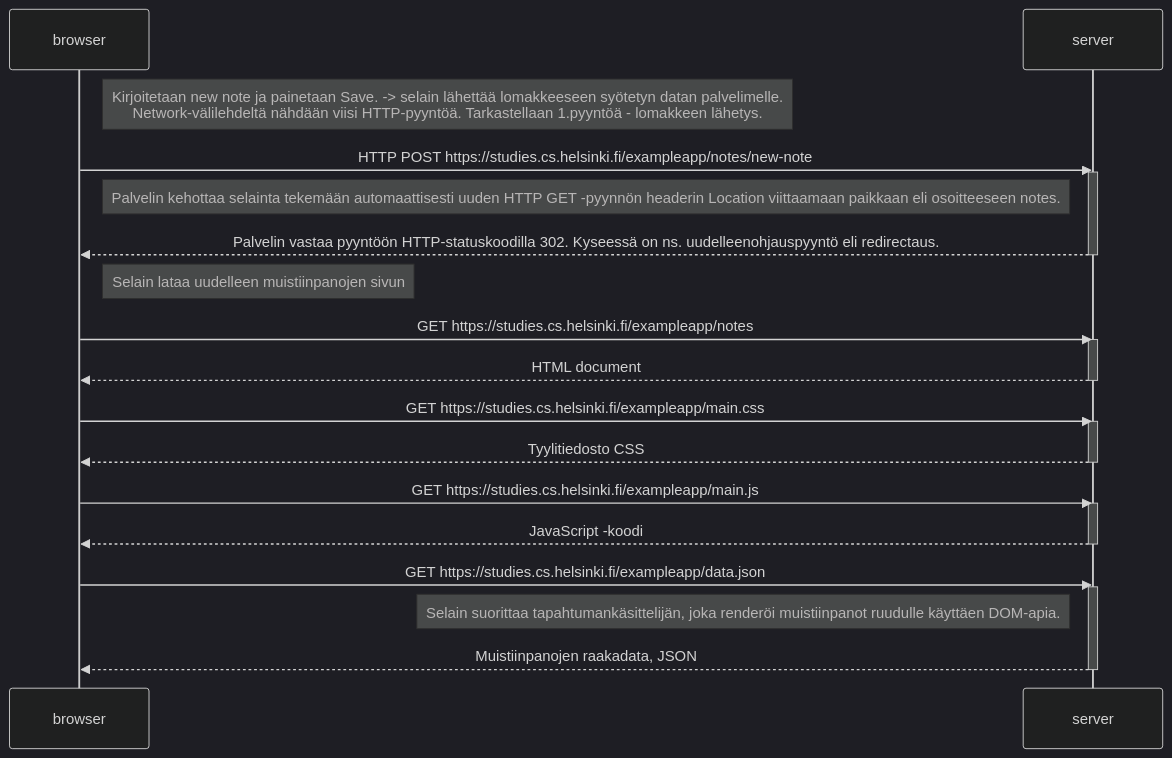
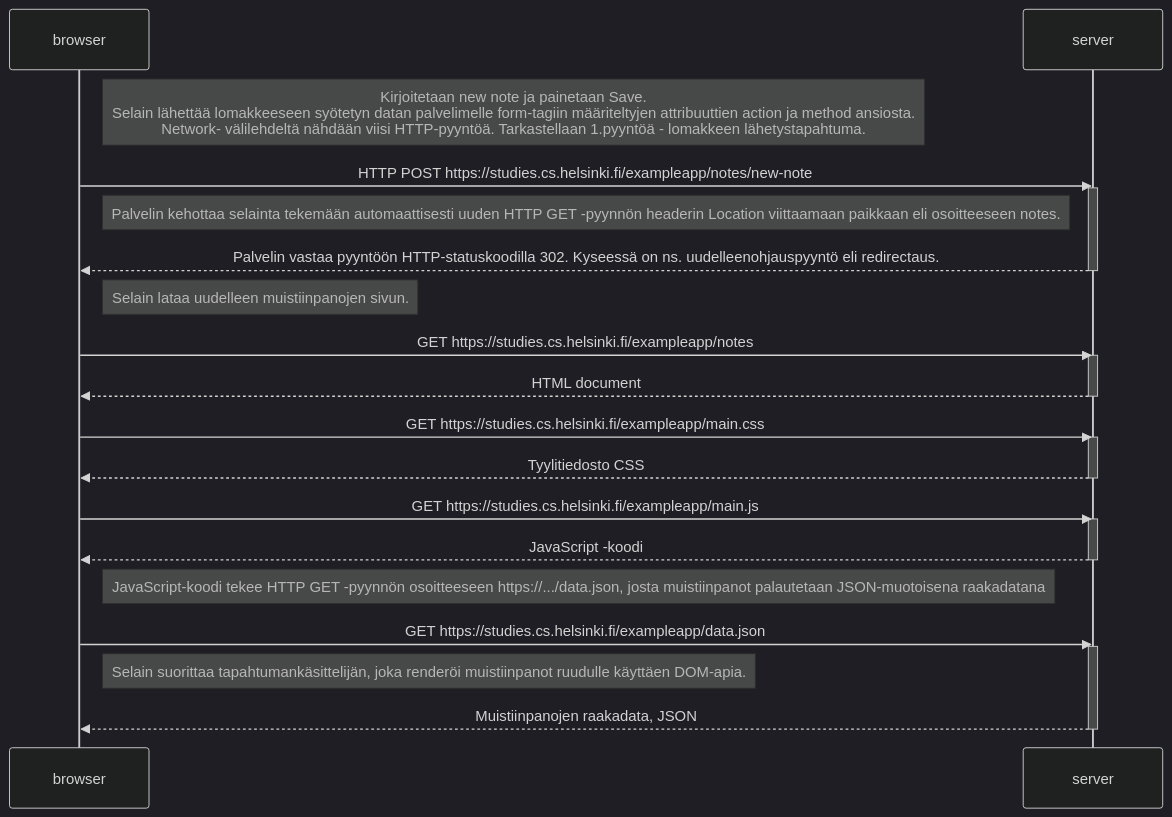
Before and after one commit to janinanarhi/fullstackOpen0: the diagram in 0.4.md, drawn with Mermaid (dark theme).

````diff
--- a/0.4.md
+++ b/0.4.md
@@ -1,43 +1,43 @@
 ```mermaid
 
 sequenceDiagram
     participant browser
     participant server
 
     
-    note right of browser: Kirjoitetaan new note ja painetaan Save. -> selain lähettää lomakkeeseen syötetyn datan palvelimelle.<br>Network-välilehdeltä nähdään        viisi HTTP-pyyntöä. Tarkastellaan 1.pyyntöä - lomakkeen lähetys.
+    note right of browser: Kirjoitetaan new note ja painetaan Save.<br>Selain lähettää lomakkeeseen syötetyn datan palvelimelle form-tagiin määriteltyjen attribuuttien action ja method ansiosta.<br>Network-           välilehdeltä nähdään viisi HTTP-pyyntöä. Tarkastellaan 1.pyyntöä - lomakkeen lähetystapahtuma.
     browser->>server: HTTP POST https://studies.cs.helsinki.fi/exampleapp/notes/new-note
     activate server
 
     note left of server: Palvelin kehottaa selainta tekemään automaattisesti uuden HTTP GET ‑pyynnön headerin Location viittaamaan paikkaan eli osoitteeseen            notes.
     server-->>browser:  Palvelin vastaa pyyntöön HTTP-statuskoodilla 302. Kyseessä on ns. uudelleenohjauspyyntö eli redirectaus.
     deactivate server
     
-    note right of browser: Selain lataa uudelleen muistiinpanojen sivun
+    note right of browser: Selain lataa uudelleen muistiinpanojen sivun.
     browser->>server: GET https://studies.cs.helsinki.fi/exampleapp/notes
     activate server
 
     server-->>browser: HTML document
     deactivate server
 
     browser->>server: GET https://studies.cs.helsinki.fi/exampleapp/main.css
     activate server
 
     server-->>browser: Tyylitiedosto CSS
     deactivate server
 
     browser->>server: GET https://studies.cs.helsinki.fi/exampleapp/main.js
     activate server
 
     server-->>browser: JavaScript -koodi
     deactivate server
-
+    note right of browser: JavaScript-koodi tekee HTTP GET ‑pyynnön osoitteeseen https://.../data.json, josta muistiinpanot palautetaan JSON-muotoisena raakadatana
     browser->>server: GET https://studies.cs.helsinki.fi/exampleapp/data.json
     activate server
 
-    note left of server:  Selain suorittaa tapahtumankäsittelijän, joka renderöi muistiinpanot ruudulle käyttäen DOM-apia.
+    note right of browser:  Selain suorittaa tapahtumankäsittelijän, joka renderöi muistiinpanot ruudulle käyttäen DOM-apia.
     server-->>browser: Muistiinpanojen raakadata, JSON
     deactivate server
 
     
 ```
````
